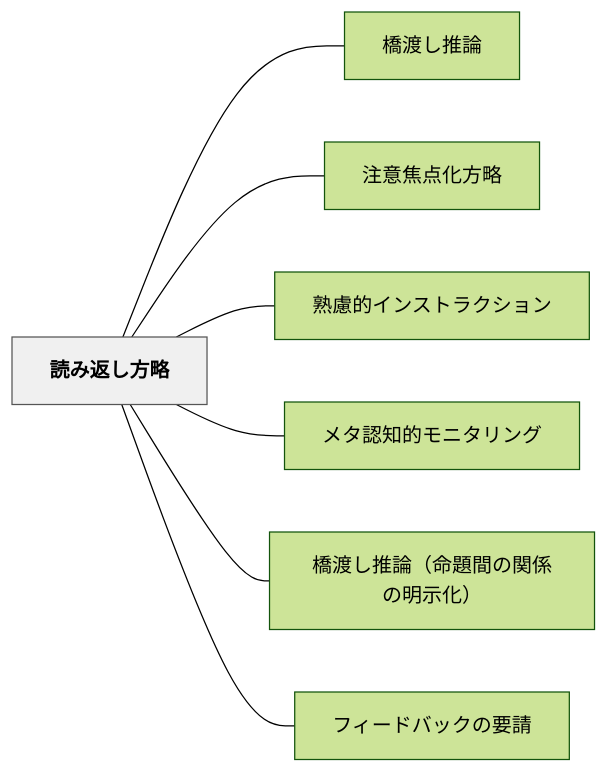
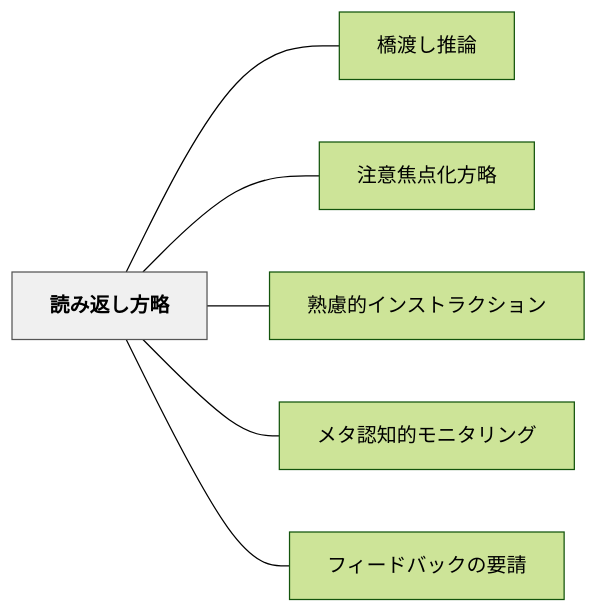
Before and after one commit to unknownthings-ed-patterns/unknownthings-ed-patterns: the diagram in content/パタン/読み返し方略.md, drawn with Mermaid (forest theme). The commit also changed other lines of this file and 18 other files, not shown here.

````diff
--- a/content/パタン/読み返し方略.md
+++ b/content/パタン/読み返し方略.md
@@ -47,20 +47,18 @@
 ```mermaid
 flowchart LR
     ne8aaade381bfe8bf94e38197e696b9e795a5["読み返し方略"]
     ne6a98be6b8a1e38197e68ea8e8ab96["橋渡し推論"]
     ne6b3a8e6848fe784a6e782b9e58c96e696b9e795a5["注意焦点化方略"]
     ne7869fe685aee79a84e382a4e383b3e382b9e38388e383a9e382afe382b7e383a7e383b3["熟慮的インストラクション"]
     ne383a1e382bfe8aa8de79fa5e79a84e383a2e3838be382bfe383aae383b3e382b0["メタ認知的モニタリング"]
-    ne6a98be6b8a1e38197e68ea8e8ab96efbc88e591bde9a18ce99693e381aee996a2e4bf82e381aee6988ee7a4bae58c96efbc89["橋渡し推論（命題間の関係の明示化）"]
     ne38395e382a3e383bce38389e38390e38383e382afe381aee8a681e8ab8b["フィードバックの要請"]
 
     ne8aaade381bfe8bf94e38197e696b9e795a5 --- ne6a98be6b8a1e38197e68ea8e8ab96
     ne8aaade381bfe8bf94e38197e696b9e795a5 --- ne6b3a8e6848fe784a6e782b9e58c96e696b9e795a5
     ne8aaade381bfe8bf94e38197e696b9e795a5 --- ne7869fe685aee79a84e382a4e383b3e382b9e38388e383a9e382afe382b7e383a7e383b3
     ne8aaade381bfe8bf94e38197e696b9e795a5 --- ne383a1e382bfe8aa8de79fa5e79a84e383a2e3838be382bfe383aae383b3e382b0
-    ne8aaade381bfe8bf94e38197e696b9e795a5 --- ne6a98be6b8a1e38197e68ea8e8ab96efbc88e591bde9a18ce99693e381aee996a2e4bf82e381aee6988ee7a4bae58c96efbc89
     ne8aaade381bfe8bf94e38197e696b9e795a5 --- ne38395e382a3e383bce38389e38390e38383e382afe381aee8a681e8ab8b
 
     classDef hub fill:#f0f0f0,stroke:#555,color:#000,font-weight:bold
     class ne8aaade381bfe8bf94e38197e696b9e795a5 hub
 ```
````
